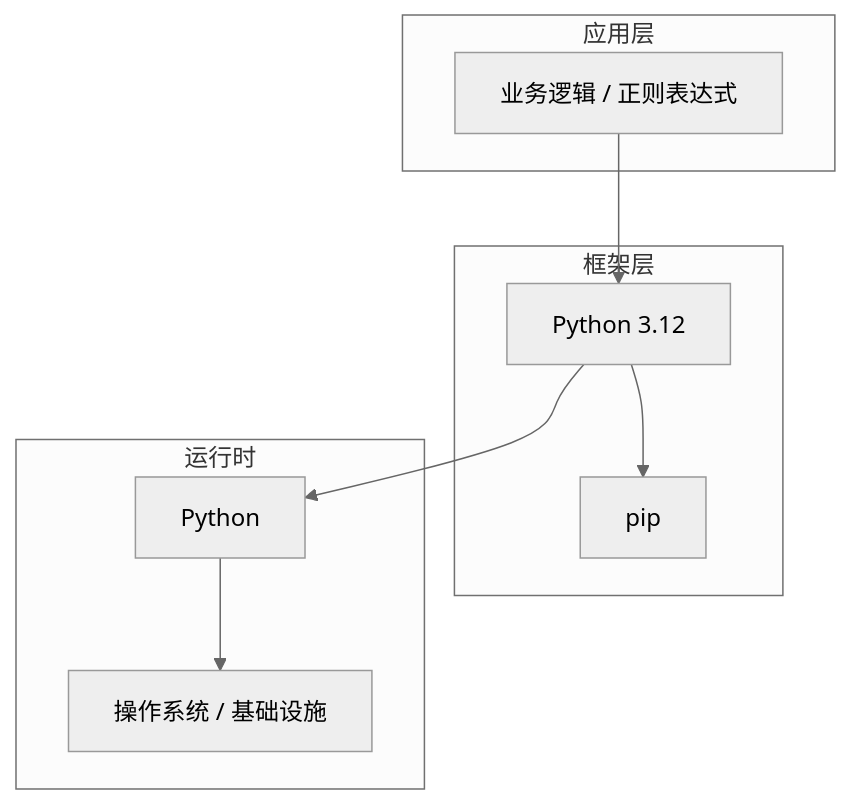
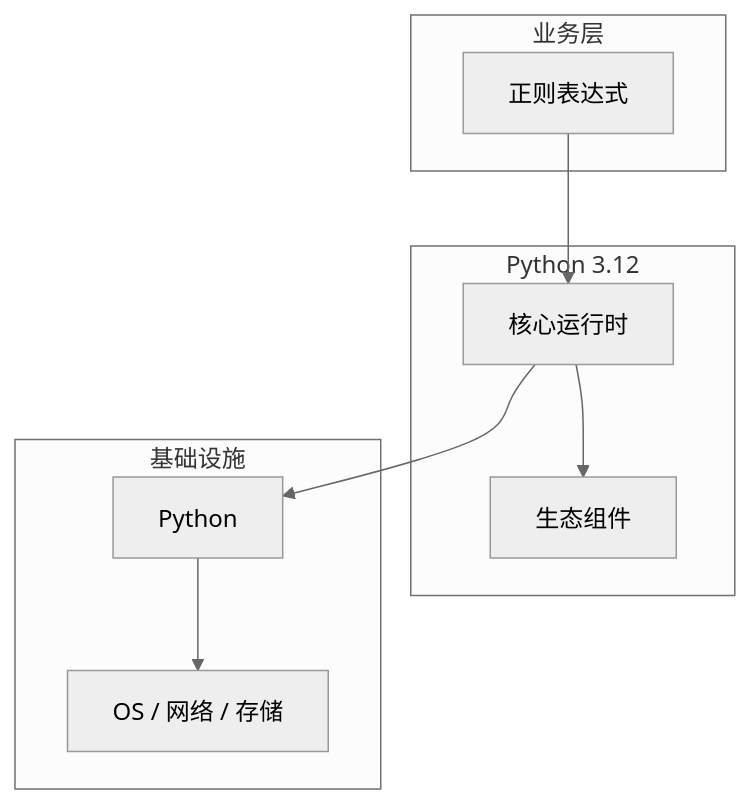
The diagram in articles/Python核心/chapters/149-正则表达式核心概念与原理.md (yanggan2015/knowledge-json-v2), drawn with Mermaid (neutral theme) before and after one commit. The commit also changed other lines of this file and 10127 other files, not shown here.

````diff
--- a/articles/Python核心/chapters/149-正则表达式核心概念与原理.md
+++ b/articles/Python核心/chapters/149-正则表达式核心概念与原理.md
@@ -45,18 +34,18 @@
 ```mermaid
 graph TB
-    subgraph 应用层
-        A[业务逻辑 / 正则表达式]
+    subgraph 业务层
+        A[正则表达式]
     end
-    subgraph 框架层
-        B[Python 3.12]
-        C[pip]
+    subgraph Python 3.12
+        B[核心运行时]
+        C[生态组件]
     end
-    subgraph 运行时
+    subgraph 基础设施
         D[Python]
-        E[操作系统 / 基础设施]
+        E[OS / 网络 / 存储]
     end
     A --> B
     B --> C
     B --> D
     D --> E
 ```
````
